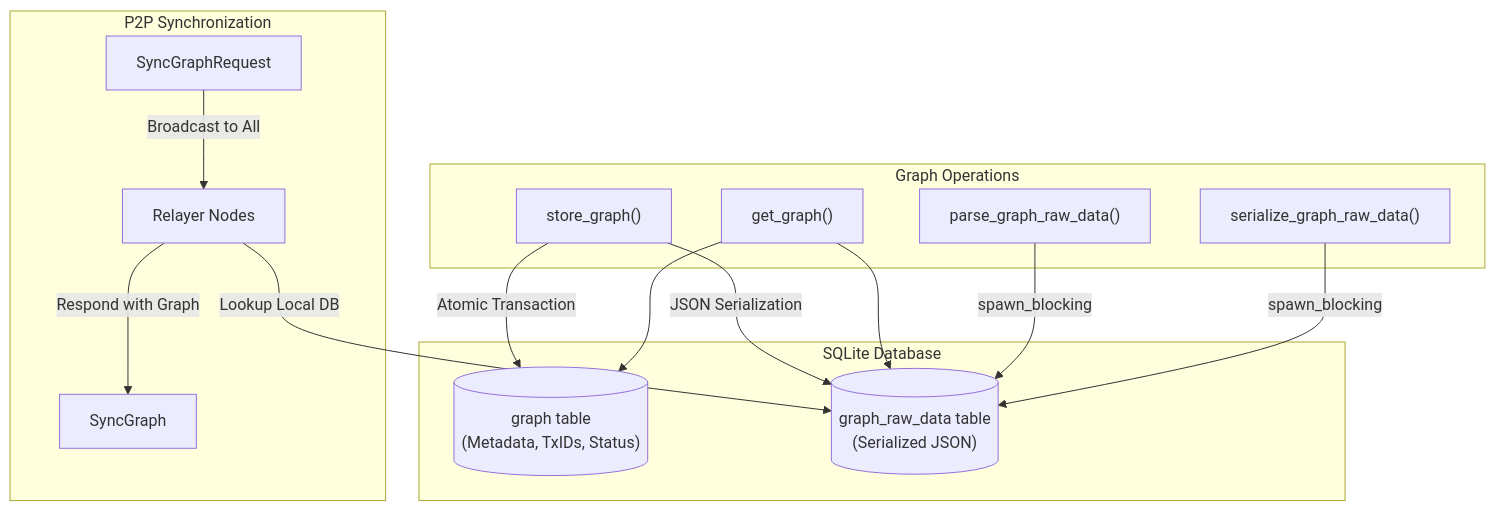
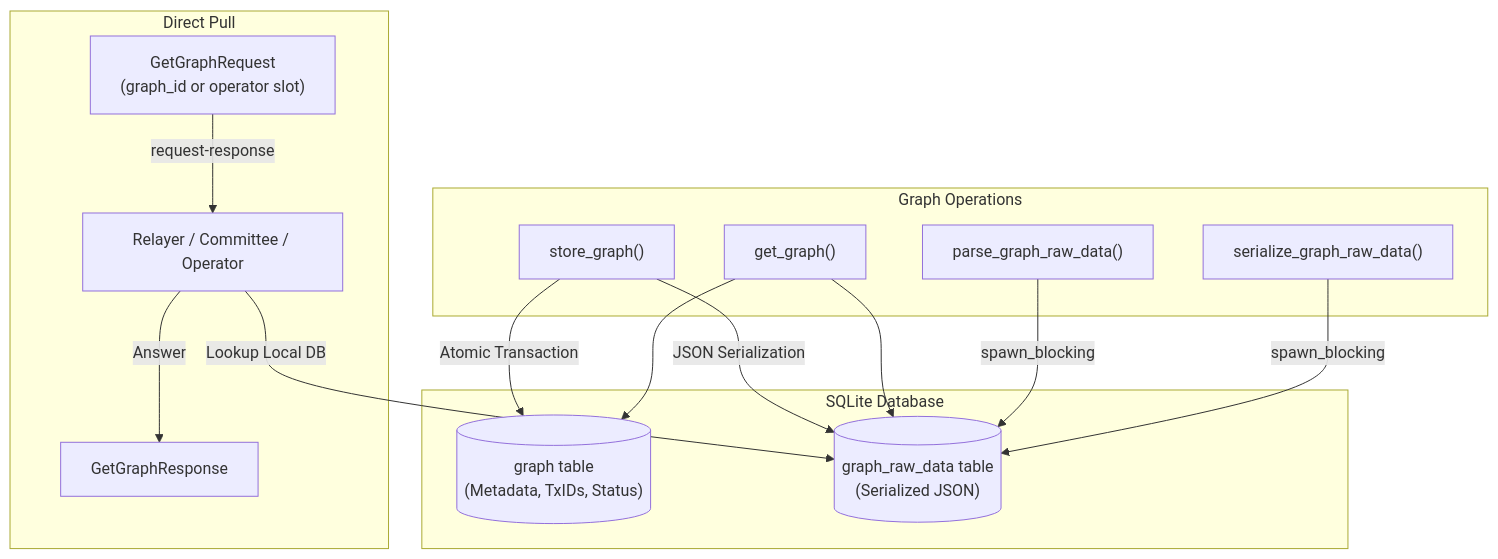
Before and after one commit to GOATNetwork/bitvm-node: the tenth of 13 diagrams in node/README.md, drawn with Mermaid. The commit also changed other lines of this file and 24 other files, not shown here.

````diff
--- a/node/README.md
+++ b/node/README.md
@@ -502,31 +507,31 @@
 ```mermaid
 flowchart TB
     subgraph Storage["SQLite Database"]
         GT[("graph table\n(Metadata, TxIDs, Status)")]
         GRD[("graph_raw_data table\n(Serialized JSON)")]
     end
 
     subgraph Operations["Graph Operations"]
         CREATE["store_graph()"]
         READ["get_graph()"]
         PARSE["parse_graph_raw_data()"]
         SERIALIZE["serialize_graph_raw_data()"]
     end
 
-    subgraph P2P["P2P Synchronization"]
-        REQ["SyncGraphRequest"]
-        RESP["SyncGraph"]
-        RELAY["Relayer Nodes"]
+    subgraph Pull["Direct Pull"]
+        REQ["GetGraphRequest\n(graph_id or operator slot)"]
+        RESP["GetGraphResponse"]
+        PEERS["Relayer / Committee / Operator"]
     end
 
     CREATE -->|"Atomic Transaction"| GT
     CREATE -->|"JSON Serialization"| GRD
     READ --> GT
     READ --> GRD
     PARSE -->|"spawn_blocking"| GRD
     SERIALIZE -->|"spawn_blocking"| GRD
 
-    REQ -->|"Broadcast to All"| RELAY
-    RELAY -->|"Lookup Local DB"| GRD
-    RELAY -->|"Respond with Graph"| RESP
+    REQ -->|"request-response"| PEERS
+    PEERS -->|"Lookup Local DB"| GRD
+    PEERS -->|"Answer"| RESP
 ```
````
